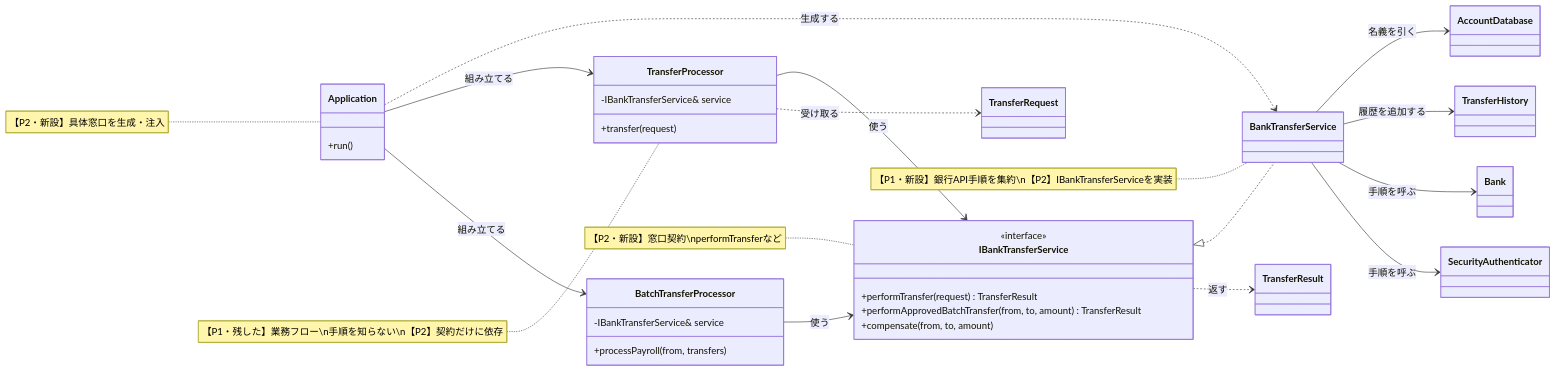
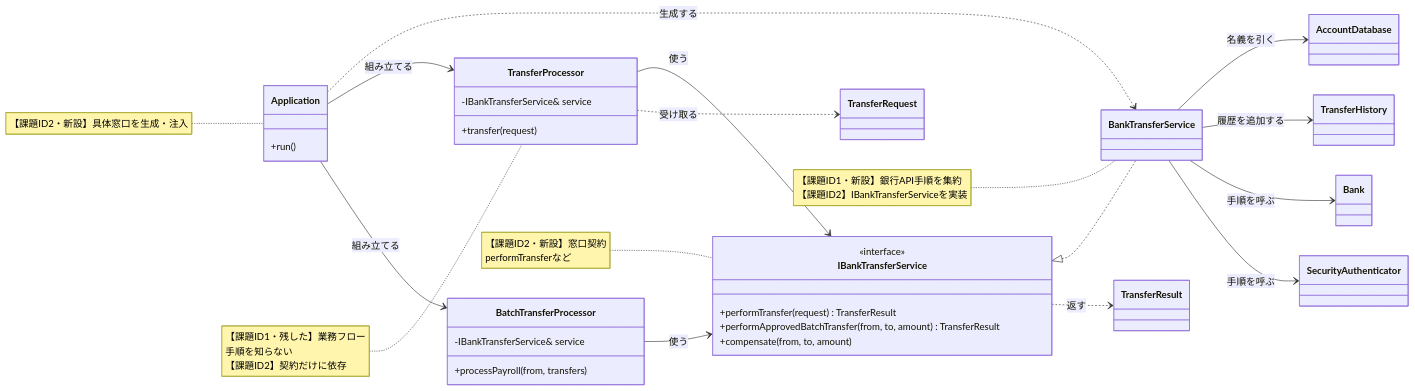
Before and after one commit to kumachan1101-pixel/DesignPattern: diagram 11 of 15 in kindle/design-patterns/output/chapter02.md, drawn with Mermaid. The commit also changed other lines of this file and 43 other files, not shown here.

````diff
--- a/kindle/design-patterns/output/chapter02.md
+++ b/kindle/design-patterns/output/chapter02.md
@@ -1482,49 +1520,49 @@
 ```mermaid
 classDiagram
     direction LR
     class TransferRequest
     class TransferResult
     class AccountDatabase
     class TransferHistory
     class Bank
     class SecurityAuthenticator
     class Application {
         +run()
     }
     class TransferProcessor {
         -IBankTransferService& service
         +transfer(request)
     }
     class BatchTransferProcessor {
         -IBankTransferService& service
         +processPayroll(from, transfers)
     }
     class IBankTransferService {
         <<interface>>
         +performTransfer(request) TransferResult
         +performApprovedBatchTransfer(from, to, amount) TransferResult
         +compensate(from, to, amount)
     }
     class BankTransferService
 
     Application ..> BankTransferService : 生成する
     Application --> TransferProcessor : 組み立てる
     Application --> BatchTransferProcessor : 組み立てる
     TransferProcessor --> IBankTransferService : 使う
     BatchTransferProcessor --> IBankTransferService : 使う
     IBankTransferService <|.. BankTransferService
     BankTransferService --> AccountDatabase : 名義を引く
     BankTransferService --> TransferHistory : 履歴を追加する
     BankTransferService --> Bank : 手順を呼ぶ
     BankTransferService --> SecurityAuthenticator : 手順を呼ぶ
     TransferProcessor ..> TransferRequest : 受け取る
     IBankTransferService ..> TransferResult : 返す
 
-    note for TransferProcessor "【P1・残した】業務フロー\n手順を知らない\n【P2】契約だけに依存"
-    note for BankTransferService "【P1・新設】銀行API手順を集約\n【P2】IBankTransferServiceを実装"
-    note for IBankTransferService "【P2・新設】窓口契約\nperformTransferなど"
-    note for Application "【P2・新設】具体窓口を生成・注入"
+    note for TransferProcessor "【課題ID1・残した】業務フロー<br/>手順を知らない<br/>【課題ID2】契約だけに依存"
+    note for BankTransferService "【課題ID1・新設】銀行API手順を集約<br/>【課題ID2】IBankTransferServiceを実装"
+    note for IBankTransferService "【課題ID2・新設】窓口契約<br/>performTransferなど"
+    note for Application "【課題ID2・新設】具体窓口を生成・注入"
 
     classDef focus fill:#FFF2CC,stroke:#D6B656,stroke-width:2px,color:#222222
     cssClass "TransferProcessor,BatchTransferProcessor,IBankTransferService,BankTransferService,Application" focus
 ```
````
